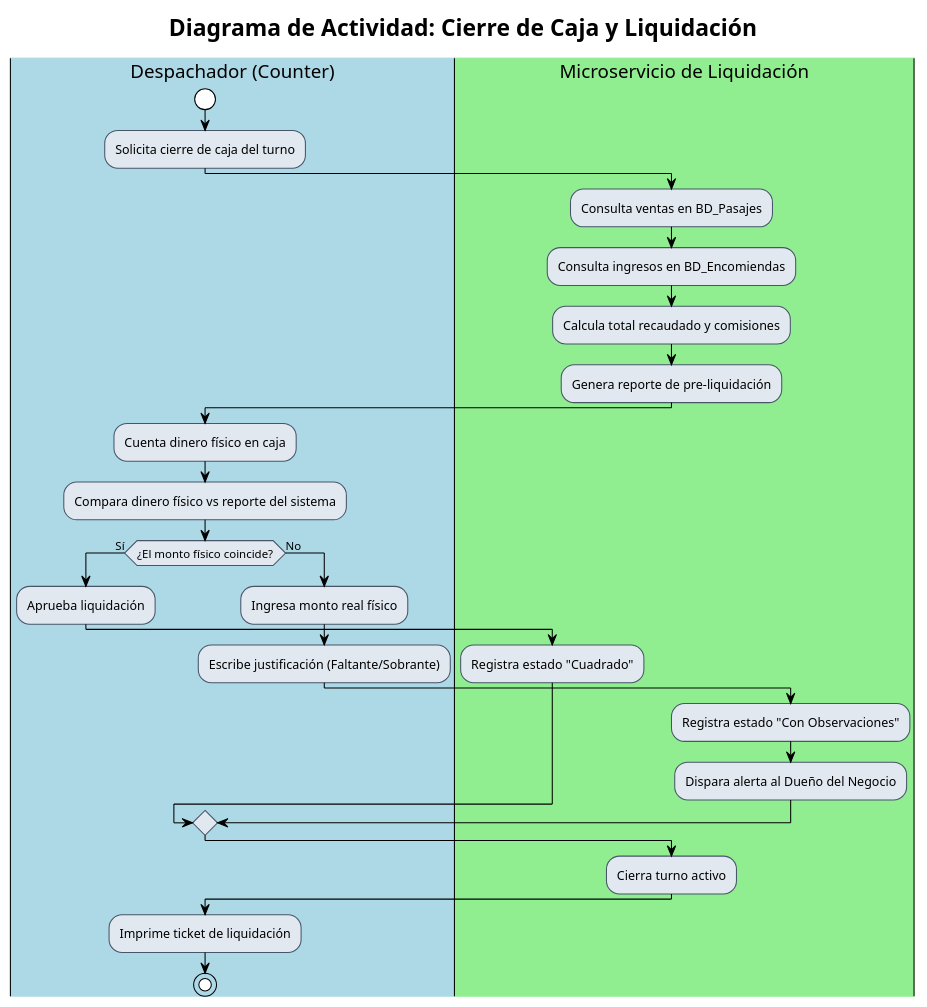
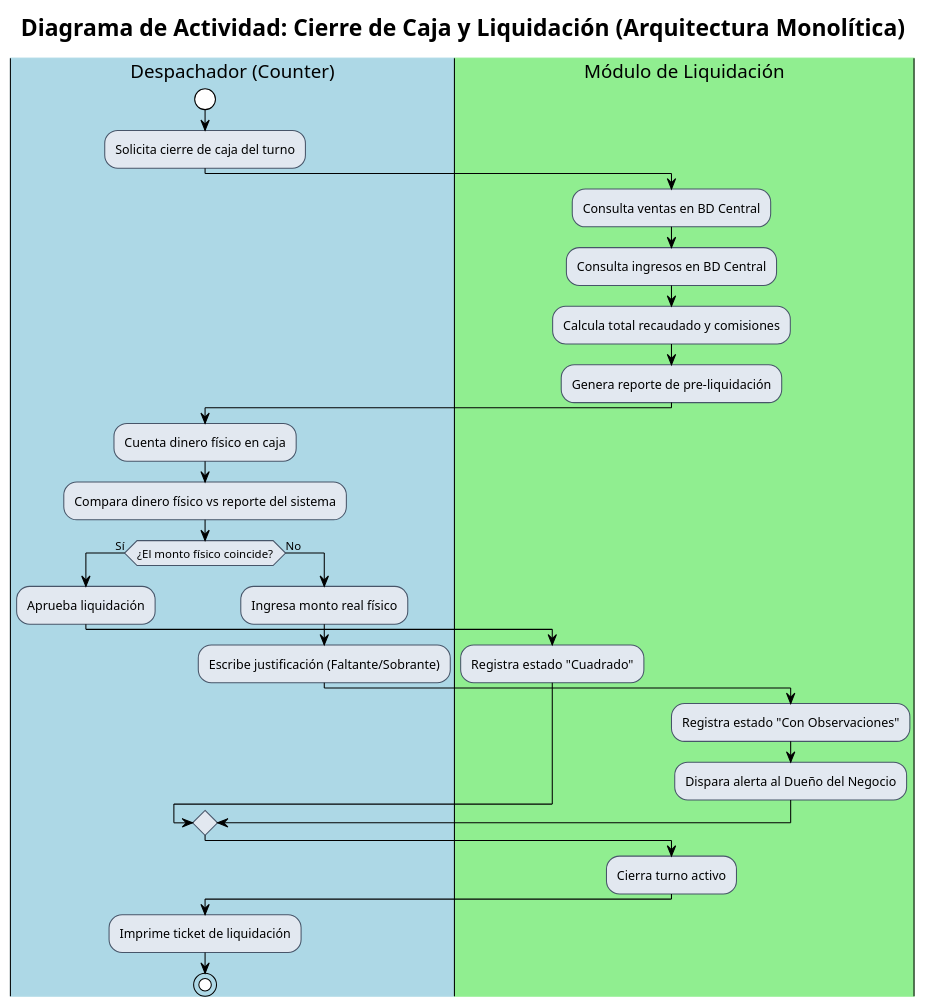
The diagram in 2-MODELO_UML/Comportamiento/3-Actividades/act_cierre_caja.puml (FloppaFlopita/TRANS_SYNC_DOCS), drawn with PlantUML before and after one commit. The commit also changed 24 other files, not shown here.

```diff
--- a/2-MODELO_UML/Comportamiento/3-Actividades/act_cierre_caja.puml
+++ b/2-MODELO_UML/Comportamiento/3-Actividades/act_cierre_caja.puml
@@ -1,45 +1,45 @@
 @startuml
 !theme plain
 skinparam ActivityBackgroundColor #e2e8f0
 skinparam ActivityBorderColor #475569
 
-title Diagrama de Actividad: Cierre de Caja y Liquidación
+title Diagrama de Actividad: Cierre de Caja y Liquidación (Arquitectura Monolítica)
 
 |#LightBlue|Despachador (Counter)|
 start
 :Solicita cierre de caja del turno;
 
-|#LightGreen|Microservicio de Liquidación|
-:Consulta ventas en BD_Pasajes;
-:Consulta ingresos en BD_Encomiendas;
+|#LightGreen|Módulo de Liquidación|
+:Consulta ventas en BD Central;
+:Consulta ingresos en BD Central;
 :Calcula total recaudado y comisiones;
 :Genera reporte de pre-liquidación;
 
 |Despachador (Counter)|
 :Cuenta dinero físico en caja;
 :Compara dinero físico vs reporte del sistema;
 
 if (¿El monto físico coincide?) then (Sí)
   :Aprueba liquidación;
 
-  |Microservicio de Liquidación|
+  |Módulo de Liquidación|
   :Registra estado "Cuadrado";
 
 else (No)
   |Despachador (Counter)|
   :Ingresa monto real físico;
   :Escribe justificación (Faltante/Sobrante);
 
-  |Microservicio de Liquidación|
+  |Módulo de Liquidación|
   :Registra estado "Con Observaciones";
   :Dispara alerta al Dueño del Negocio;
 endif
 
-|Microservicio de Liquidación|
+|Módulo de Liquidación|
 :Cierra turno activo;
 
 |Despachador (Counter)|
 :Imprime ticket de liquidación;
 stop
 
 @enduml
```
